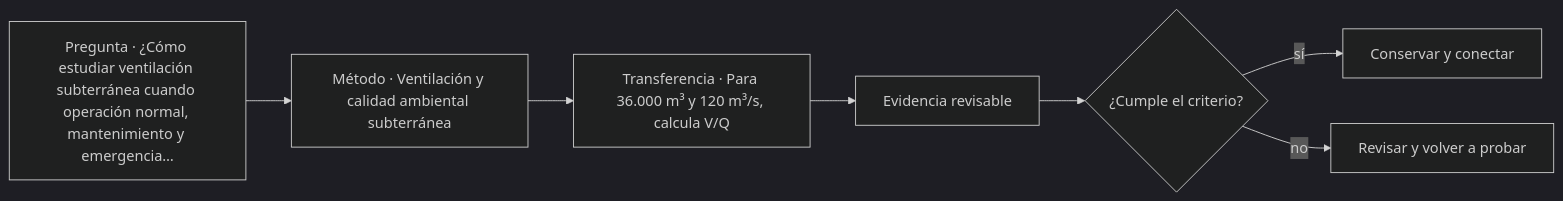
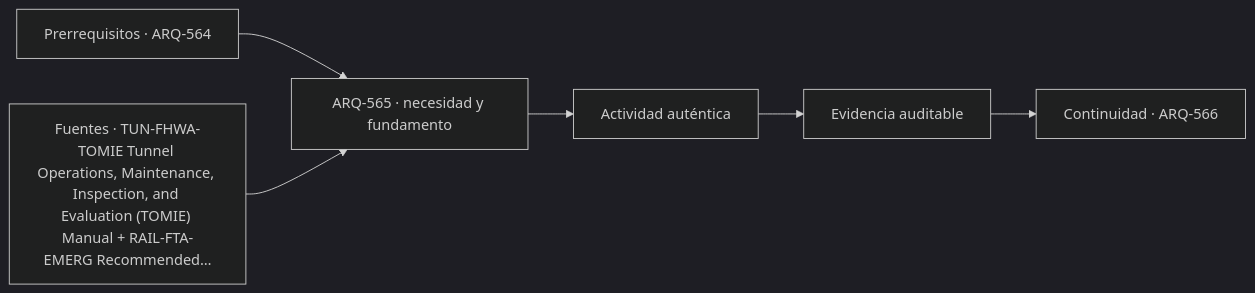
Before and after one commit to vladimiracunadev-create/architecture-built-environment-learning-program: the diagram in classes/parte-57/ARQ-565.md, drawn with Mermaid (dark theme). The commit also changed other lines of this file and 761 other files, not shown here.

````diff
--- a/classes/parte-57/ARQ-565.md
+++ b/classes/parte-57/ARQ-565.md
@@ -105,9 +117,8 @@
 ```mermaid
 flowchart LR
-    Q["Pregunta · ¿Cómo estudiar ventilación subterránea cuando operación normal, mantenimiento y emergencia…"] --> M["Método · Ventilación y calidad ambiental subterránea"]
-    M --> P["Transferencia · Para 36.000 m³ y 120 m³/s, calcula V/Q"]
-    P --> E["Evidencia revisable"]
-    E --> C{"¿Cumple el criterio?"}
-    C -->|sí| T["Conservar y conectar"]
-    C -->|no| R["Revisar y volver a probar"]
+    A["Prerrequisitos · ARQ-564"] --> B["ARQ-565 · necesidad y fundamento"]
+    S["Fuentes · TUN-FHWA-TOMIE Tunnel Operations, Maintenance, Inspection, and Evaluation (TOMIE) Manual + RAIL-FTA-EMERG Recommended…"] --> B
+    B --> C["Actividad auténtica"]
+    C --> D["Evidencia auditable"]
+    D --> E["Continuidad · ARQ-566"]
 ```
````
